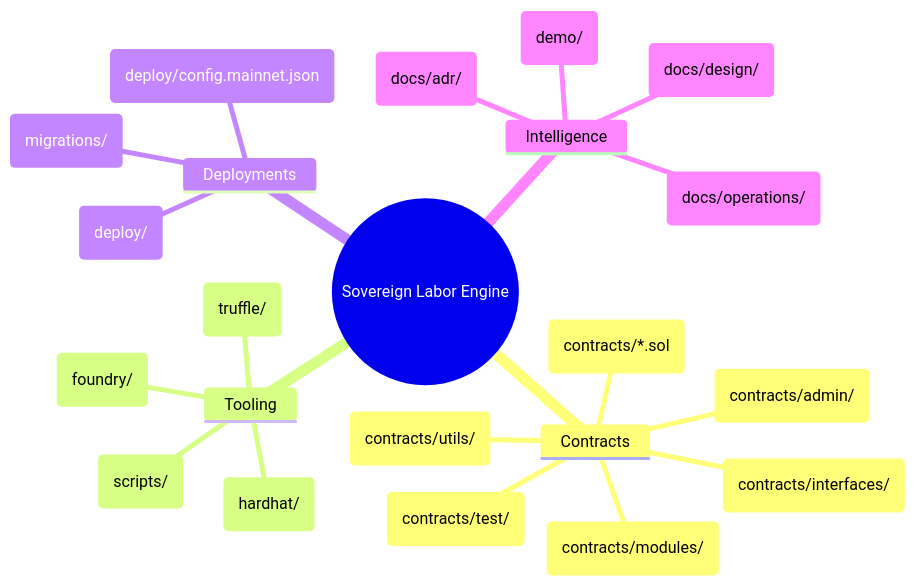
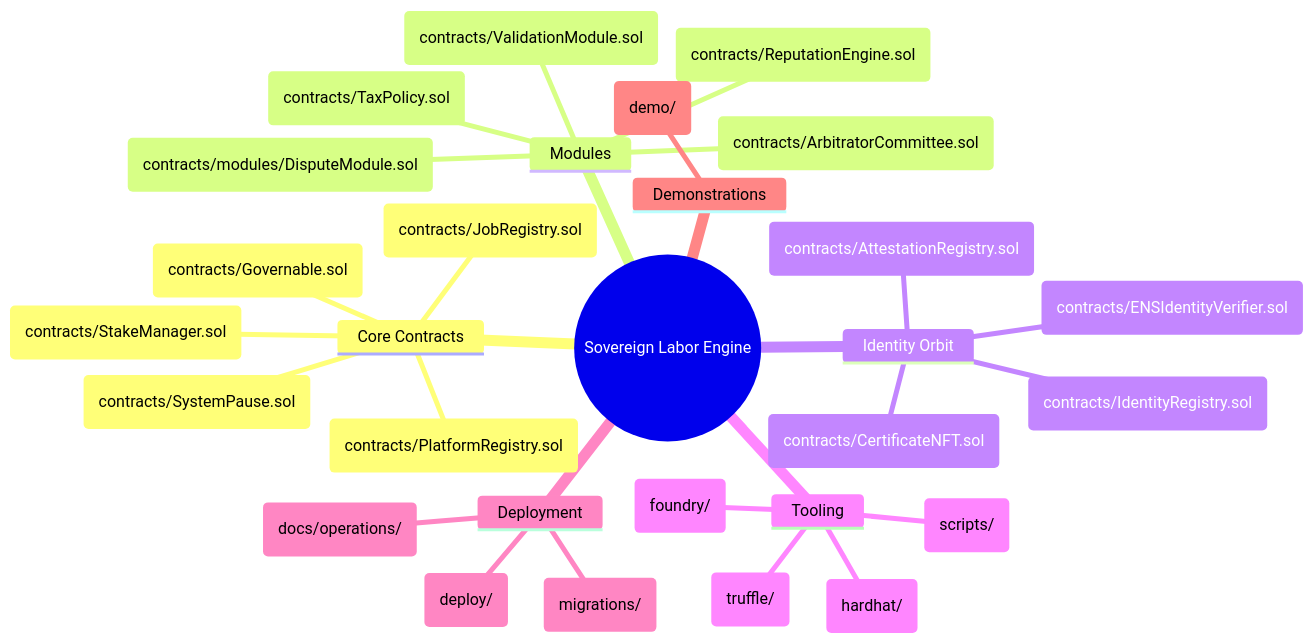
Before and after one commit to MontrealAI/agijobs-sovereign-labor-v0p1: the second of 5 diagrams in README.md, drawn with Mermaid. The commit also changed other lines of this file, not shown here.

````diff
--- a/README.md
+++ b/README.md
@@ -97,25 +68,32 @@
 ```mermaid
 mindmap
   root((Sovereign Labor Engine))
-    Contracts
-      Core(contracts/*.sol)
-      Modules(contracts/modules/)
-      Admin(contracts/admin/)
-      Interfaces(contracts/interfaces/)
-      Utilities(contracts/utils/)
-      Tests(contracts/test/)
+    Core Contracts
+      Governable(contracts/Governable.sol)
+      SystemPause(contracts/SystemPause.sol)
+      StakeManager(contracts/StakeManager.sol)
+      JobRegistry(contracts/JobRegistry.sol)
+      PlatformRegistry(contracts/PlatformRegistry.sol)
+    Modules
+      Validation(contracts/ValidationModule.sol)
+      Dispute(contracts/modules/DisputeModule.sol)
+      Reputation(contracts/ReputationEngine.sol)
+      Arbitrator(contracts/ArbitratorCommittee.sol)
+      TaxPolicy(contracts/TaxPolicy.sol)
+    Identity Orbit
+      Registry(contracts/IdentityRegistry.sol)
+      Attestations(contracts/AttestationRegistry.sol)
+      Credentials(contracts/CertificateNFT.sol)
+      ENS Verifier(contracts/ENSIdentityVerifier.sol)
     Tooling
       Truffle(truffle/)
       Hardhat(hardhat/)
       Foundry(foundry/)
       Scripts(scripts/)
-    Deployments
-      Config(deploy/config.mainnet.json)
-      Autopilot(deploy/)
+    Deployment
+      Manifests(deploy/)
       Migrations(migrations/)
-    Intelligence
-      Design(docs/design/)
-      ADRs(docs/adr/)
-      Operations(docs/operations/)
-      Demo(demo/)
+      Ops Docs(docs/operations/)
+    Demonstrations
+      Demo Suite(demo/)
 ```
````
